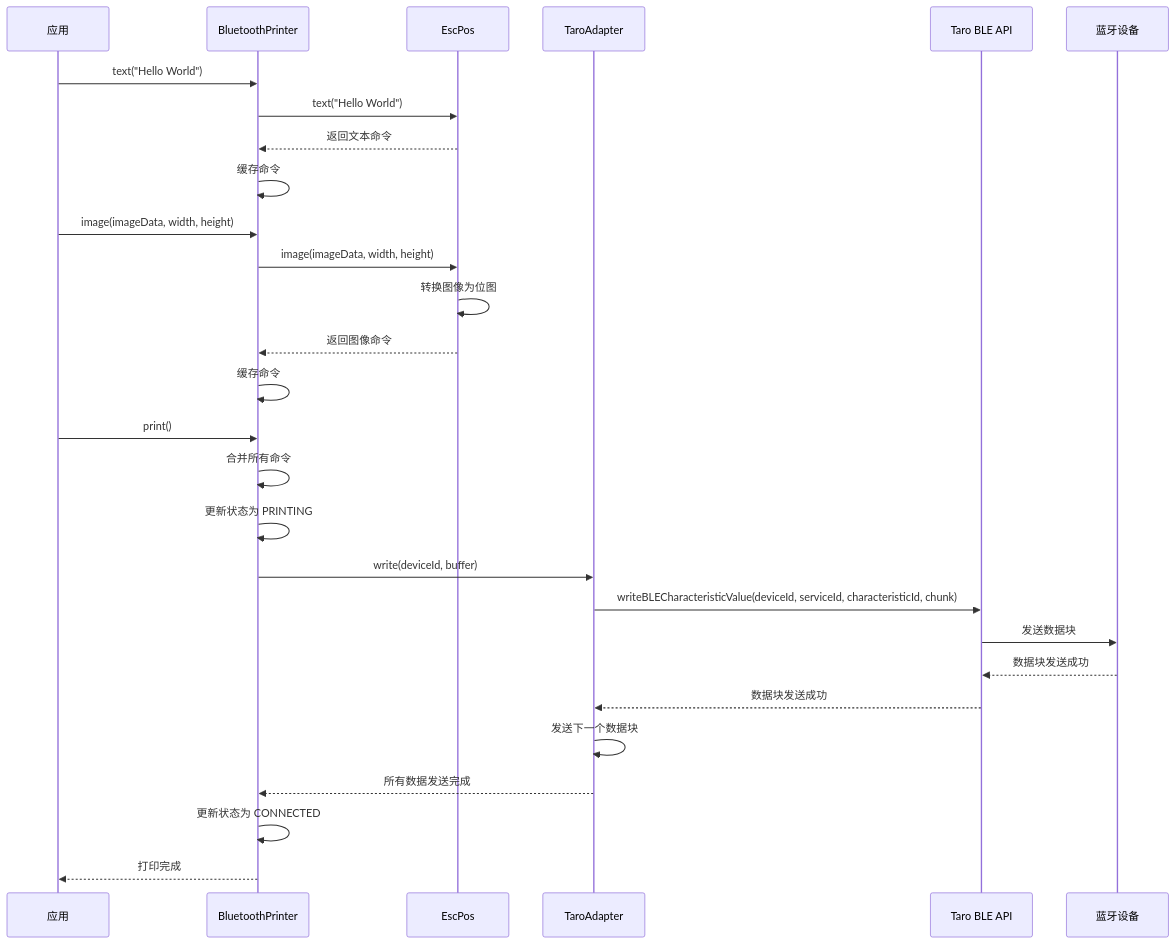
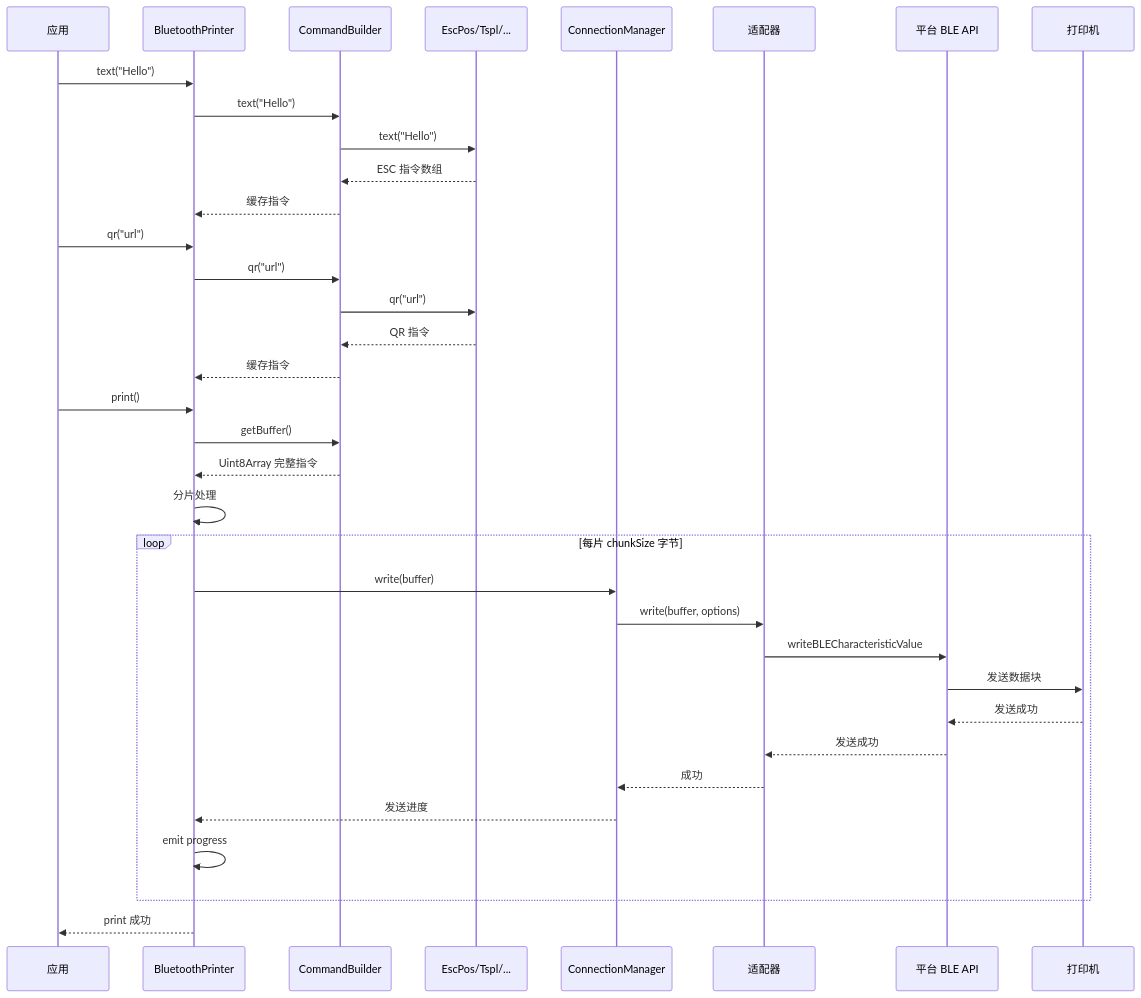
One commit to Agions/taro-bluetooth-print changed the third of 5 diagrams in docs/architecture.md. Above: the diagram before and after it, drawn with Mermaid. The commit also changed other lines of this file and 26 other files, not shown here.

````diff
--- a/docs/architecture.md
+++ b/docs/architecture.md
@@ -141,33 +162,38 @@
 ```mermaid
 sequenceDiagram
     participant App as 应用
     participant BP as BluetoothPrinter
-    participant EP as EscPos
-    participant TA as TaroAdapter
-    participant BLE as Taro BLE API
-    participant Dev as 蓝牙设备
-    
-    App->>BP: text("Hello World")
-    BP->>EP: text("Hello World")
-    EP-->>BP: 返回文本命令
-    BP->>BP: 缓存命令
-    
-    App->>BP: image(imageData, width, height)
-    BP->>EP: image(imageData, width, height)
-    EP->>EP: 转换图像为位图
-    EP-->>BP: 返回图像命令
-    BP->>BP: 缓存命令
-    
+    participant CB as CommandBuilder
+    participant Driver as EscPos/Tspl/...
+    participant CM as ConnectionManager
+    participant Adapter as 适配器
+    participant BLE as 平台 BLE API
+    participant Device as 打印机
+
+    App->>BP: text("Hello")
+    BP->>CB: text("Hello")
+    CB->>Driver: text("Hello")
+    Driver-->>CB: ESC 指令数组
+    CB-->>BP: 缓存指令
+    App->>BP: qr("url")
+    BP->>CB: qr("url")
+    CB->>Driver: qr("url")
+    Driver-->>CB: QR 指令
+    CB-->>BP: 缓存指令
     App->>BP: print()
-    BP->>BP: 合并所有命令
-    BP->>BP: 更新状态为 PRINTING
-    BP->>TA: write(deviceId, buffer)
-    TA->>BLE: writeBLECharacteristicValue(deviceId, serviceId, characteristicId, chunk)
-    BLE->>Dev: 发送数据块
-    Dev-->>BLE: 数据块发送成功
-    BLE-->>TA: 数据块发送成功
-    TA->>TA: 发送下一个数据块
-    TA-->>BP: 所有数据发送完成
-    BP->>BP: 更新状态为 CONNECTED
-    BP-->>App: 打印完成
+    BP->>CB: getBuffer()
+    CB-->>BP: Uint8Array 完整指令
+    BP->>BP: 分片处理
+    loop 每片 chunkSize 字节
+        BP->>CM: write(buffer)
+        CM->>Adapter: write(buffer, options)
+        Adapter->>BLE: writeBLECharacteristicValue
+        BLE->>Device: 发送数据块
+        Device-->>BLE: 发送成功
+        BLE-->>Adapter: 发送成功
+        Adapter-->>CM: 成功
+        CM-->>BP: 发送进度
+        BP->>BP: emit progress
+    end
+    BP-->>App: print 成功
 ```
````
